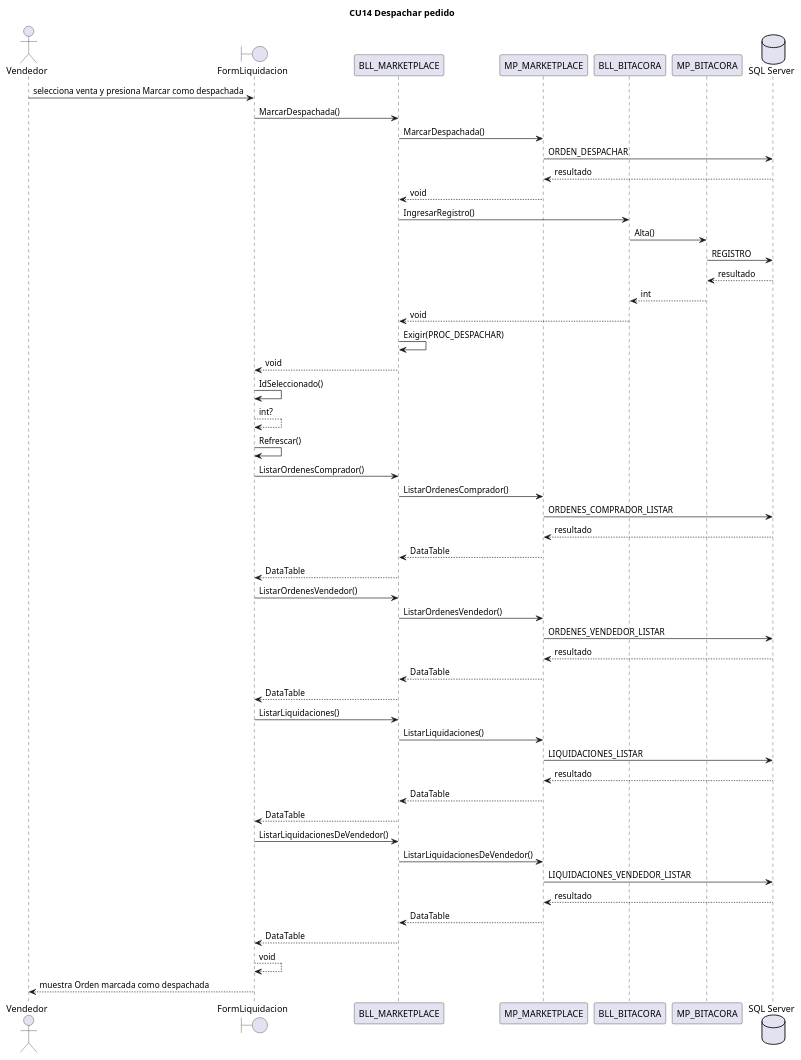
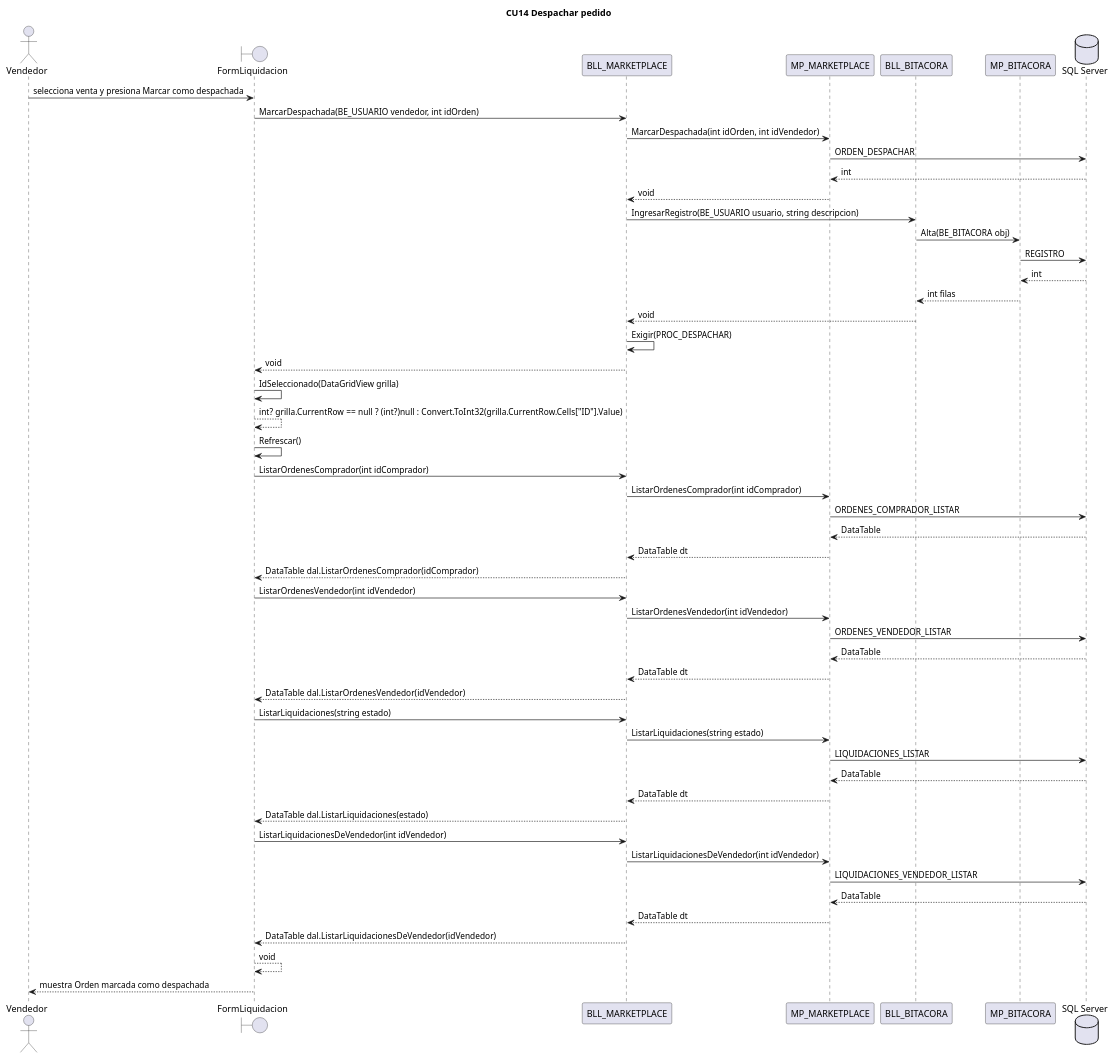
One commit to L-Muniz/uai-diploma_2026 changed the diagram in docs/diagramas/secuencias/CU14.puml. Above: the diagram before and after it, drawn with PlantUML. The commit also changed 59 other files, not shown here.

Commit message:
Docs: firmas y retornos de las secuencias tomados del código; diagramas de casos de uso en el documento

```diff
--- a/docs/diagramas/secuencias/CU14.puml
+++ b/docs/diagramas/secuencias/CU14.puml
@@ -1,53 +1,53 @@
 @startuml CU14
 title CU14 Despachar pedido
 actor "Vendedor" as ACT
 boundary FormLiquidacion
 participant BLL_MARKETPLACE
 participant MP_MARKETPLACE
 participant BLL_BITACORA
 participant MP_BITACORA
 database "SQL Server" as BD
 ACT -> FormLiquidacion : selecciona venta y presiona Marcar como despachada
-FormLiquidacion -> BLL_MARKETPLACE : MarcarDespachada()
-BLL_MARKETPLACE -> MP_MARKETPLACE : MarcarDespachada()
+FormLiquidacion -> BLL_MARKETPLACE : MarcarDespachada(BE_USUARIO vendedor, int idOrden)
+BLL_MARKETPLACE -> MP_MARKETPLACE : MarcarDespachada(int idOrden, int idVendedor)
 MP_MARKETPLACE -> BD : ORDEN_DESPACHAR
-BD --> MP_MARKETPLACE : resultado
+BD --> MP_MARKETPLACE : int
 MP_MARKETPLACE --> BLL_MARKETPLACE : void
-BLL_MARKETPLACE -> BLL_BITACORA : IngresarRegistro()
-BLL_BITACORA -> MP_BITACORA : Alta()
+BLL_MARKETPLACE -> BLL_BITACORA : IngresarRegistro(BE_USUARIO usuario, string descripcion)
+BLL_BITACORA -> MP_BITACORA : Alta(BE_BITACORA obj)
 MP_BITACORA -> BD : REGISTRO
-BD --> MP_BITACORA : resultado
-MP_BITACORA --> BLL_BITACORA : int
+BD --> MP_BITACORA : int
+MP_BITACORA --> BLL_BITACORA : int filas
 BLL_BITACORA --> BLL_MARKETPLACE : void
 BLL_MARKETPLACE -> BLL_MARKETPLACE : Exigir(PROC_DESPACHAR)
 BLL_MARKETPLACE --> FormLiquidacion : void
-FormLiquidacion -> FormLiquidacion : IdSeleccionado()
-FormLiquidacion --> FormLiquidacion : int?
+FormLiquidacion -> FormLiquidacion : IdSeleccionado(DataGridView grilla)
+FormLiquidacion --> FormLiquidacion : int? grilla.CurrentRow == null ? (int?)null : Convert.ToInt32(grilla.CurrentRow.Cells["ID"].Value)
 FormLiquidacion -> FormLiquidacion : Refrescar()
-FormLiquidacion -> BLL_MARKETPLACE : ListarOrdenesComprador()
-BLL_MARKETPLACE -> MP_MARKETPLACE : ListarOrdenesComprador()
+FormLiquidacion -> BLL_MARKETPLACE : ListarOrdenesComprador(int idComprador)
+BLL_MARKETPLACE -> MP_MARKETPLACE : ListarOrdenesComprador(int idComprador)
 MP_MARKETPLACE -> BD : ORDENES_COMPRADOR_LISTAR
-BD --> MP_MARKETPLACE : resultado
-MP_MARKETPLACE --> BLL_MARKETPLACE : DataTable
-BLL_MARKETPLACE --> FormLiquidacion : DataTable
-FormLiquidacion -> BLL_MARKETPLACE : ListarOrdenesVendedor()
-BLL_MARKETPLACE -> MP_MARKETPLACE : ListarOrdenesVendedor()
+BD --> MP_MARKETPLACE : DataTable
+MP_MARKETPLACE --> BLL_MARKETPLACE : DataTable dt
+BLL_MARKETPLACE --> FormLiquidacion : DataTable dal.ListarOrdenesComprador(idComprador)
+FormLiquidacion -> BLL_MARKETPLACE : ListarOrdenesVendedor(int idVendedor)
+BLL_MARKETPLACE -> MP_MARKETPLACE : ListarOrdenesVendedor(int idVendedor)
 MP_MARKETPLACE -> BD : ORDENES_VENDEDOR_LISTAR
-BD --> MP_MARKETPLACE : resultado
-MP_MARKETPLACE --> BLL_MARKETPLACE : DataTable
-BLL_MARKETPLACE --> FormLiquidacion : DataTable
-FormLiquidacion -> BLL_MARKETPLACE : ListarLiquidaciones()
-BLL_MARKETPLACE -> MP_MARKETPLACE : ListarLiquidaciones()
+BD --> MP_MARKETPLACE : DataTable
+MP_MARKETPLACE --> BLL_MARKETPLACE : DataTable dt
+BLL_MARKETPLACE --> FormLiquidacion : DataTable dal.ListarOrdenesVendedor(idVendedor)
+FormLiquidacion -> BLL_MARKETPLACE : ListarLiquidaciones(string estado)
+BLL_MARKETPLACE -> MP_MARKETPLACE : ListarLiquidaciones(string estado)
 MP_MARKETPLACE -> BD : LIQUIDACIONES_LISTAR
-BD --> MP_MARKETPLACE : resultado
-MP_MARKETPLACE --> BLL_MARKETPLACE : DataTable
-BLL_MARKETPLACE --> FormLiquidacion : DataTable
-FormLiquidacion -> BLL_MARKETPLACE : ListarLiquidacionesDeVendedor()
-BLL_MARKETPLACE -> MP_MARKETPLACE : ListarLiquidacionesDeVendedor()
+BD --> MP_MARKETPLACE : DataTable
+MP_MARKETPLACE --> BLL_MARKETPLACE : DataTable dt
+BLL_MARKETPLACE --> FormLiquidacion : DataTable dal.ListarLiquidaciones(estado)
+FormLiquidacion -> BLL_MARKETPLACE : ListarLiquidacionesDeVendedor(int idVendedor)
+BLL_MARKETPLACE -> MP_MARKETPLACE : ListarLiquidacionesDeVendedor(int idVendedor)
 MP_MARKETPLACE -> BD : LIQUIDACIONES_VENDEDOR_LISTAR
-BD --> MP_MARKETPLACE : resultado
-MP_MARKETPLACE --> BLL_MARKETPLACE : DataTable
-BLL_MARKETPLACE --> FormLiquidacion : DataTable
+BD --> MP_MARKETPLACE : DataTable
+MP_MARKETPLACE --> BLL_MARKETPLACE : DataTable dt
+BLL_MARKETPLACE --> FormLiquidacion : DataTable dal.ListarLiquidacionesDeVendedor(idVendedor)
 FormLiquidacion --> FormLiquidacion : void
 FormLiquidacion --> ACT : muestra Orden marcada como despachada
 @enduml
```
